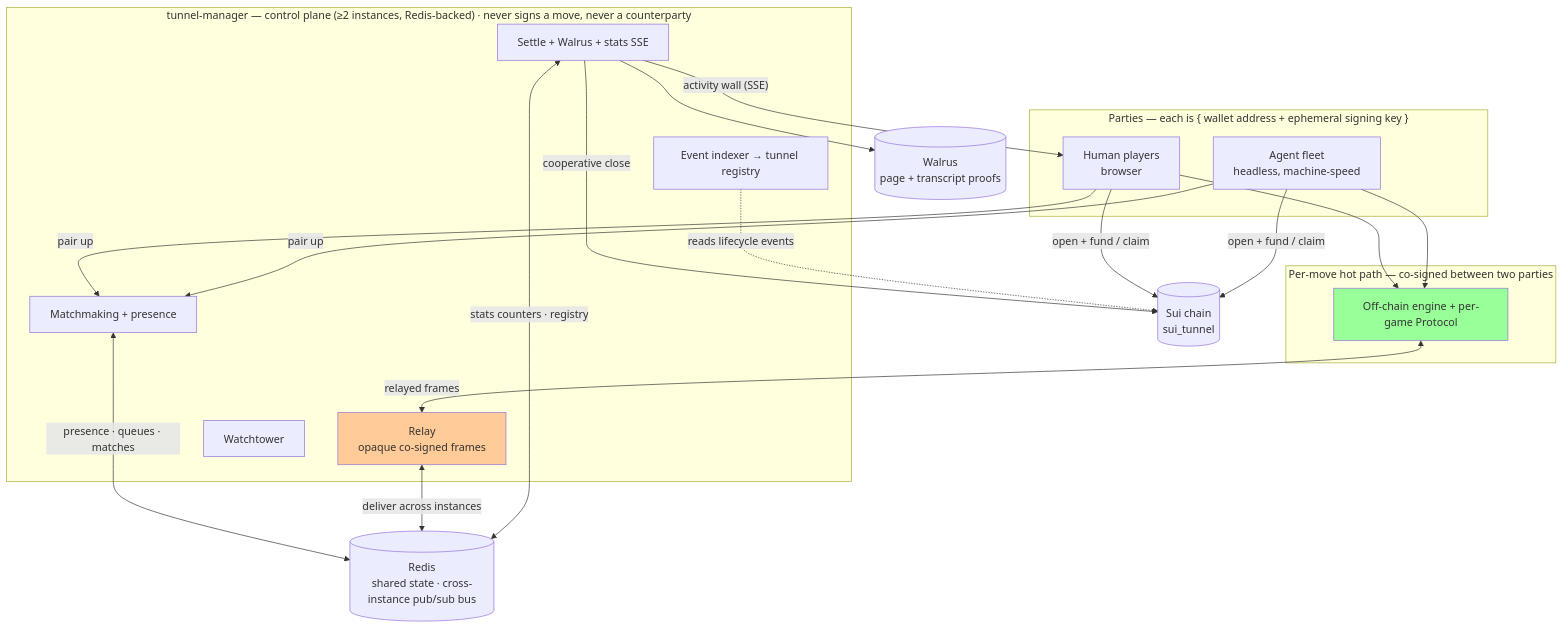
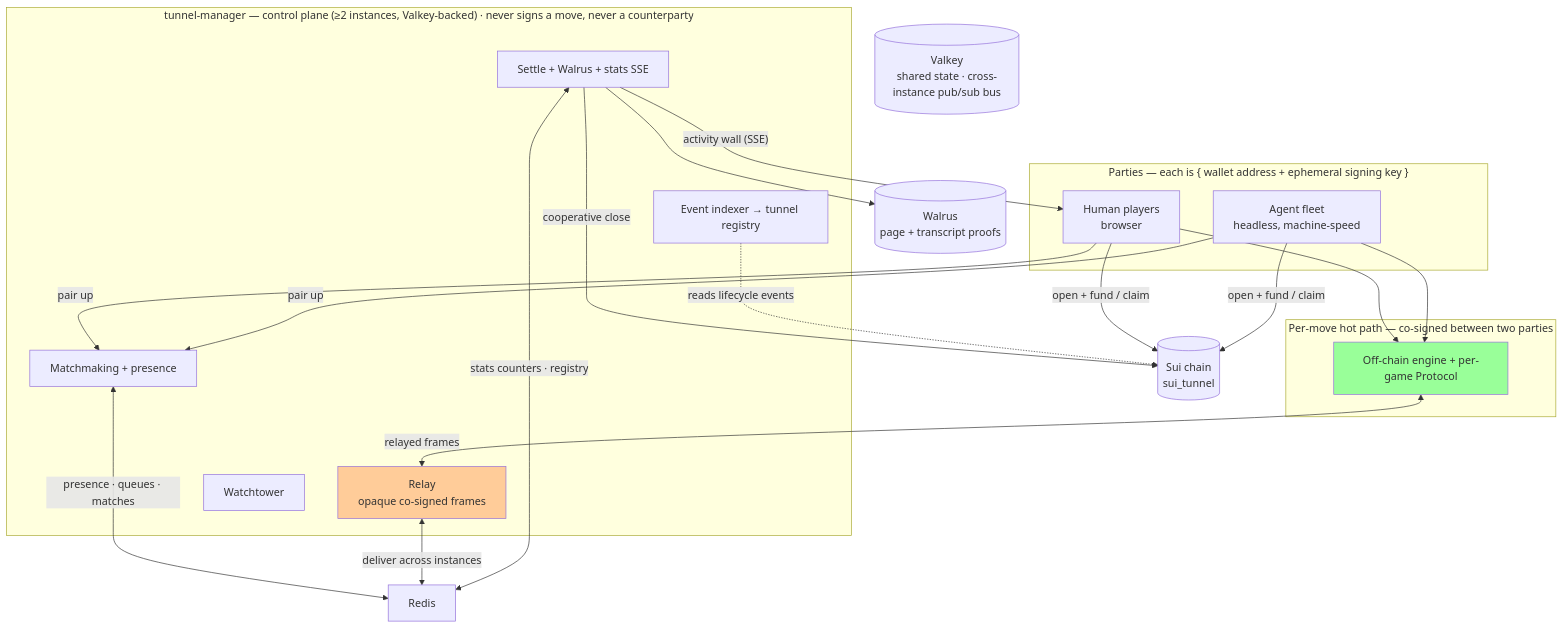
Before and after one commit to CommandOSSLabs/dopamint-arena: the first of 2 diagrams in docs/ARCHITECTURE.md, drawn with Mermaid. The commit also changed other lines of this file and 6 other files, not shown here.

First line of the commit message:
feat(infra): switch ElastiCache engine from Redis to Valkey

````diff
--- a/docs/ARCHITECTURE.md
+++ b/docs/ARCHITECTURE.md
@@ -21,39 +21,39 @@
 ```mermaid
 graph TB
     subgraph Parties["Parties — each is { wallet address + ephemeral signing key }"]
         H[Human players<br/>browser]
         A[Agent fleet<br/>headless, machine-speed]
     end
 
     subgraph Hot["Per-move hot path — co-signed between two parties"]
         E[Off-chain engine + per-game Protocol]
     end
 
-    subgraph CP["tunnel-manager — control plane (≥2 instances, Redis-backed) · never signs a move, never a counterparty"]
+    subgraph CP["tunnel-manager — control plane (≥2 instances, Valkey-backed) · never signs a move, never a counterparty"]
         MM[Matchmaking + presence]
         RL[Relay<br/>opaque co-signed frames]
         WT[Watchtower]
         IDX[Event indexer → tunnel registry]
         ST[Settle + Walrus + stats SSE]
     end
 
     Chain[(Sui chain<br/>sui_tunnel)]
     WAL[(Walrus<br/>page + transcript proofs)]
-    Redis[(Redis<br/>shared state · cross-instance pub/sub bus)]
+    Valkey[(Valkey<br/>shared state · cross-instance pub/sub bus)]
 
     H --> E
     A --> E
     H & A -->|pair up| MM
     E <-->|relayed frames| RL
     H & A -->|open + fund / claim| Chain
     ST -->|cooperative close| Chain
     ST --> WAL
     IDX -.->|reads lifecycle events| Chain
     ST -->|"activity wall (SSE)"| H
     MM <-->|presence · queues · matches| Redis
     RL <-->|deliver across instances| Redis
     ST <-->|stats counters · registry| Redis
 
     style E fill:#99ff99
     style RL fill:#ffcc99
 ```
````
